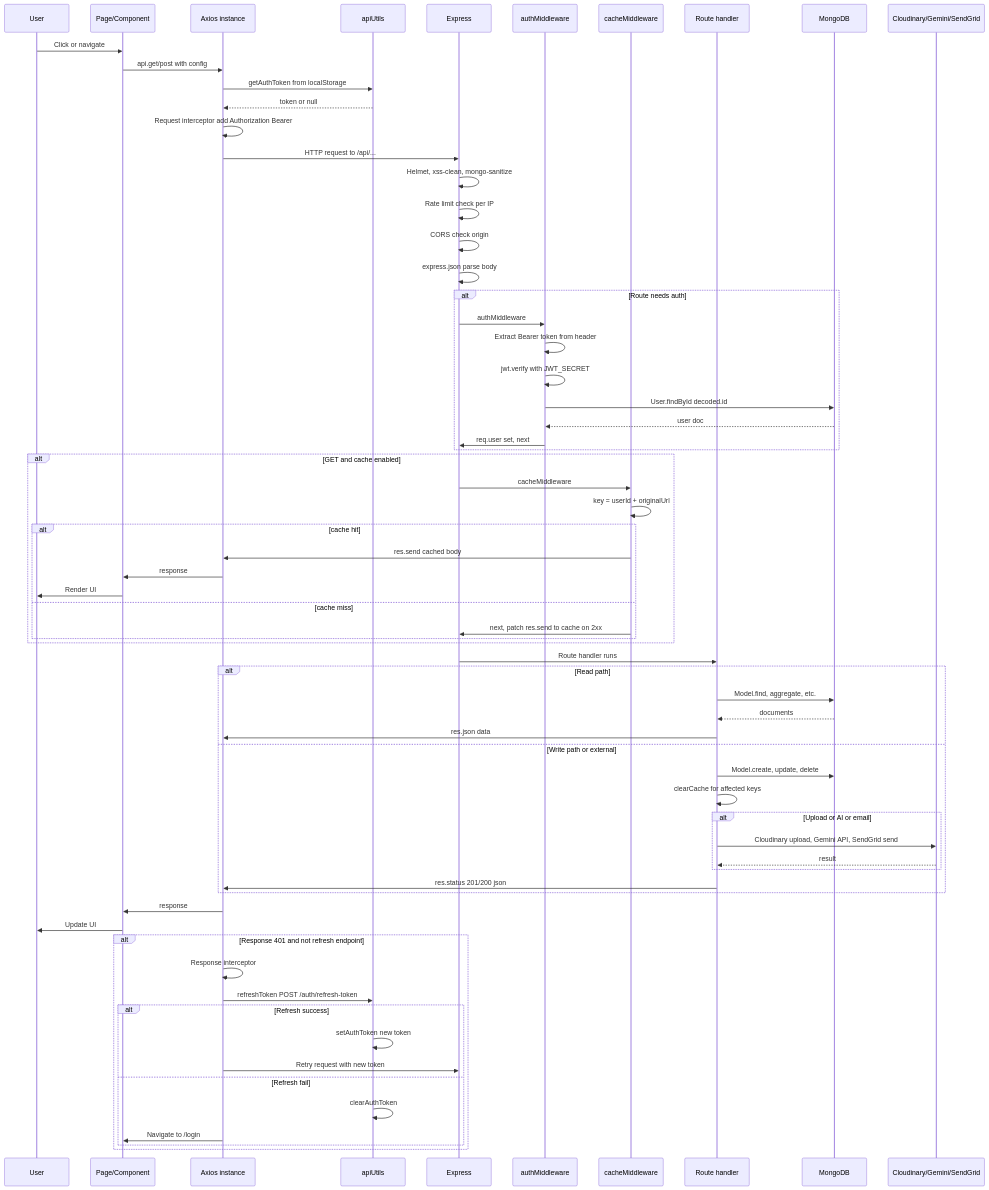
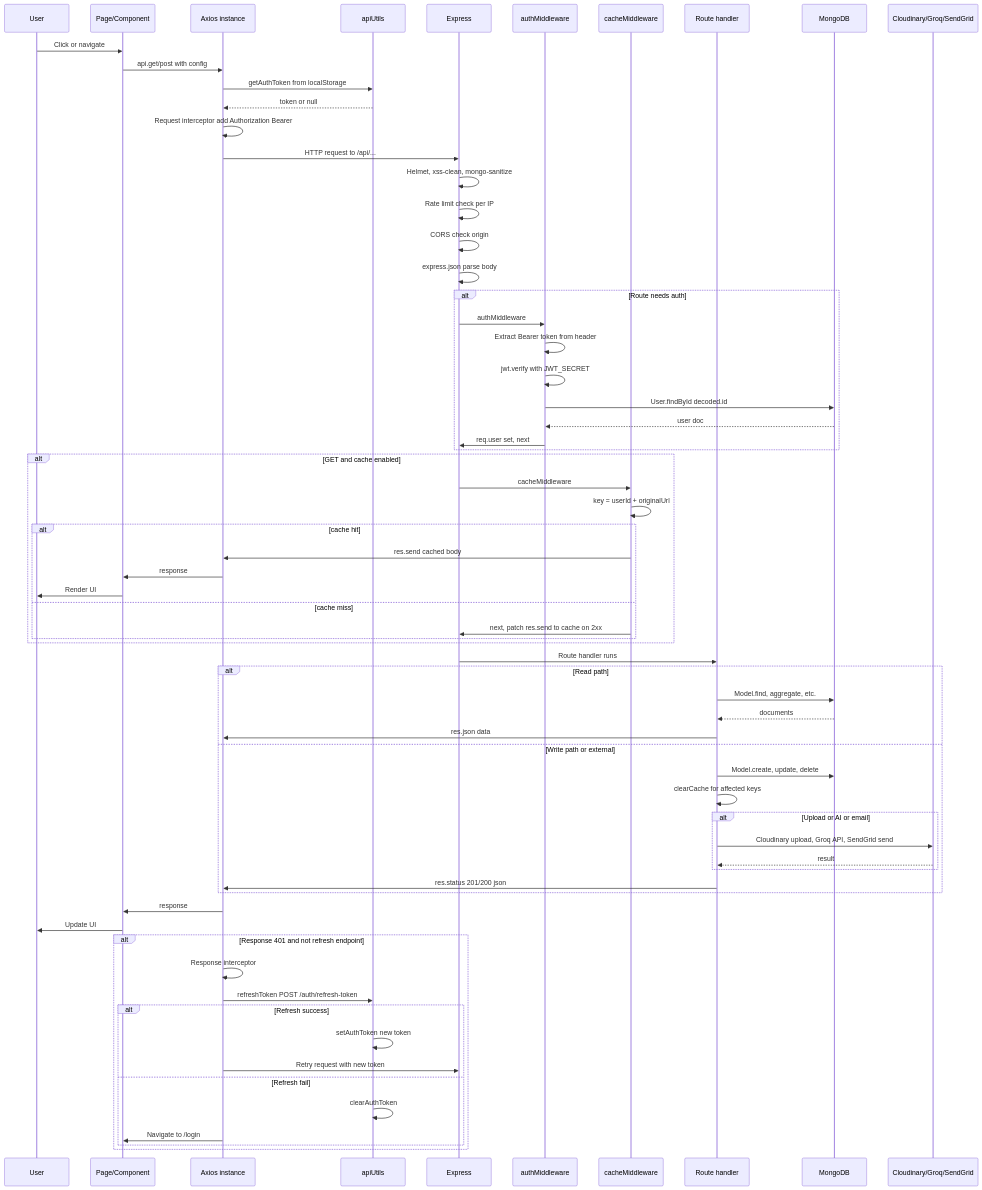
The fourth of 6 diagrams in README.md (TheVish04/CAprep), drawn with Mermaid before and after one commit. The commit also changed other lines of this file and 4 other files, not shown here.

````diff
--- a/README.md
+++ b/README.md
@@ -351,76 +351,76 @@
 ```mermaid
 sequenceDiagram
     participant User
     participant Page as Page/Component
     participant Axios as Axios instance
     participant ApiUtils as apiUtils
     participant Backend as Express
     participant AuthMW as authMiddleware
     participant CacheMW as cacheMiddleware
     participant Handler as Route handler
     participant DB as MongoDB
-    participant Ext as Cloudinary/Gemini/SendGrid
+    participant Ext as Cloudinary/Groq/SendGrid
 
     User->>Page: Click or navigate
     Page->>Axios: api.get/post with config
     Axios->>ApiUtils: getAuthToken from localStorage
     ApiUtils-->>Axios: token or null
     Axios->>Axios: Request interceptor add Authorization Bearer
     Axios->>Backend: HTTP request to /api/...
 
     Backend->>Backend: Helmet, xss-clean, mongo-sanitize
     Backend->>Backend: Rate limit check per IP
     Backend->>Backend: CORS check origin
     Backend->>Backend: express.json parse body
 
     alt Route needs auth
         Backend->>AuthMW: authMiddleware
         AuthMW->>AuthMW: Extract Bearer token from header
         AuthMW->>AuthMW: jwt.verify with JWT_SECRET
         AuthMW->>DB: User.findById decoded.id
         DB-->>AuthMW: user doc
         AuthMW->>Backend: req.user set, next
     end
 
     alt GET and cache enabled
         Backend->>CacheMW: cacheMiddleware
         CacheMW->>CacheMW: key = userId + originalUrl
         alt cache hit
             CacheMW->>Axios: res.send cached body
             Axios->>Page: response
             Page->>User: Render UI
         else cache miss
             CacheMW->>Backend: next, patch res.send to cache on 2xx
         end
     end
 
     Backend->>Handler: Route handler runs
     alt Read path
         Handler->>DB: Model.find, aggregate, etc.
         DB-->>Handler: documents
         Handler->>Axios: res.json data
     else Write path or external
         Handler->>DB: Model.create, update, delete
         Handler->>Handler: clearCache for affected keys
         alt Upload or AI or email
-            Handler->>Ext: Cloudinary upload, Gemini API, SendGrid send
+            Handler->>Ext: Cloudinary upload, Groq API, SendGrid send
             Ext-->>Handler: result
         end
         Handler->>Axios: res.status 201/200 json
     end
 
     Axios->>Page: response
     Page->>User: Update UI
 
     alt Response 401 and not refresh endpoint
         Axios->>Axios: Response interceptor
         Axios->>ApiUtils: refreshToken POST /auth/refresh-token
         alt Refresh success
             ApiUtils->>ApiUtils: setAuthToken new token
             Axios->>Backend: Retry request with new token
         else Refresh fail
             ApiUtils->>ApiUtils: clearAuthToken
             Axios->>Page: Navigate to /login
         end
     end
 ```
````
